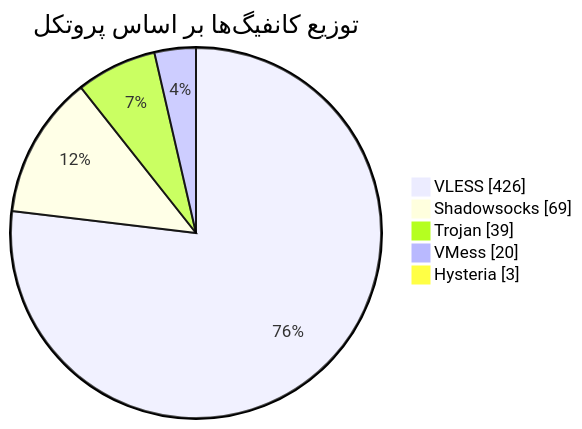
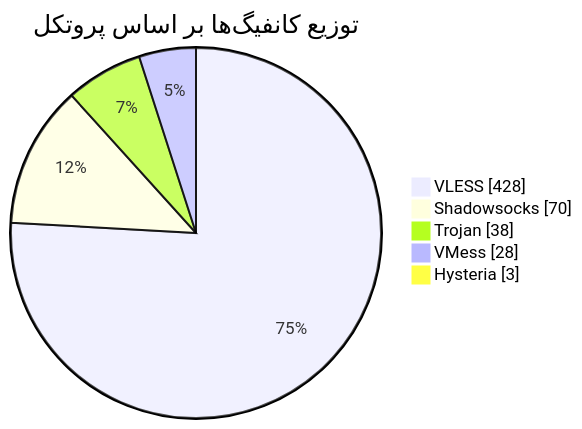
The diagram in README.md (Arian-Alijani/Somthing), drawn with Mermaid before and after one commit. The commit also changed other lines of this file and 63 other files, not shown here.

````diff
--- a/README.md
+++ b/README.md
@@ -47,9 +47,9 @@
 ```mermaid
 pie showData
     title توزیع کانفیگ‌ها بر اساس پروتکل
-    "VLESS" : 426
-    "Shadowsocks" : 69
-    "Trojan" : 39
-    "VMess" : 20
+    "VLESS" : 428
+    "Shadowsocks" : 70
+    "Trojan" : 38
+    "VMess" : 28
     "Hysteria" : 3
 ```
````
